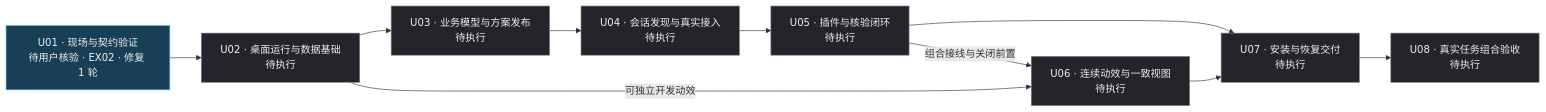
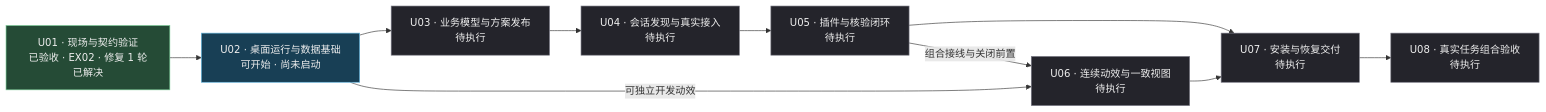
One commit to WuwuZhang0019/Codex-task-monitoring changed the diagram in docs/03_桌面工作台与Codex连接/02_台账/01_手动试跑主台账_2026-11-09.md. Above: the diagram before and after it, drawn with Mermaid. The commit also changed other lines of this file and 3 other files, not shown here.

````diff
--- a/docs/03_桌面工作台与Codex连接/02_台账/01_手动试跑主台账_2026-11-09.md
+++ b/docs/03_桌面工作台与Codex连接/02_台账/01_手动试跑主台账_2026-11-09.md
@@ -32,26 +32,28 @@
 ```mermaid
 flowchart LR
-    U01["U01 · 现场与契约验证<br/>待用户核验 · EX02 · 修复 1 轮"]
-    U02["U02 · 桌面运行与数据基础<br/>待执行"]
+    U01["U01 · 现场与契约验证<br/>已验收 · EX02 · 修复 1 轮已解决"]
+    U02["U02 · 桌面运行与数据基础<br/>可开始 · 尚未启动"]
     U03["U03 · 业务模型与方案发布<br/>待执行"]
     U04["U04 · 会话发现与真实接入<br/>待执行"]
     U05["U05 · 插件与核验闭环<br/>待执行"]
     U06["U06 · 连续动效与一致视图<br/>待执行"]
     U07["U07 · 安装与恢复交付<br/>待执行"]
     U08["U08 · 真实任务组合验收<br/>待执行"]
 
     U01 --> U02
     U02 --> U03
     U03 --> U04
     U04 --> U05
     U05 -->|组合接线与关闭前置| U06
     U02 -->|可独立开发动效| U06
     U05 --> U07
     U06 --> U07
     U07 --> U08
 
     classDef pending fill:#24242b,stroke:#777783,color:#eeeeee;
     classDef review fill:#183f55,stroke:#63b6df,color:#eeeeee;
-    class U01 review;
-    class U02,U03,U04,U05,U06,U07,U08 pending;
+    classDef accepted fill:#254b36,stroke:#73c891,color:#eeeeee;
+    class U01 accepted;
+    class U02 review;
+    class U03,U04,U05,U06,U07,U08 pending;
 ```
````
